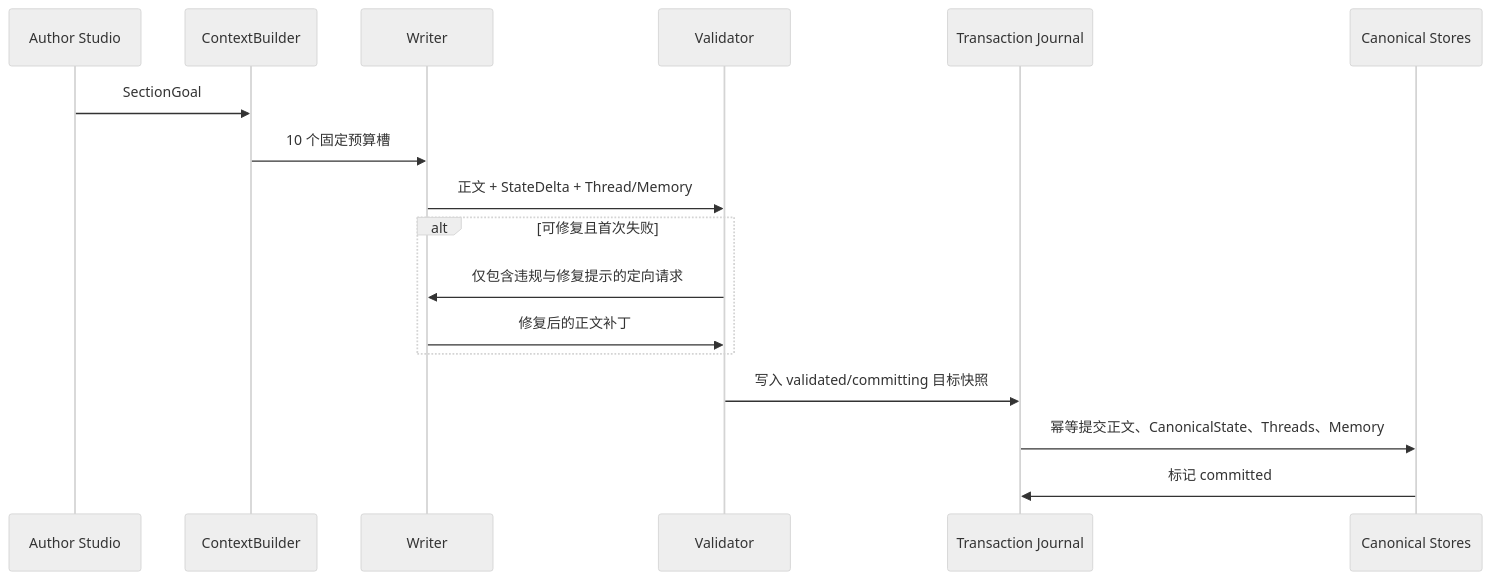
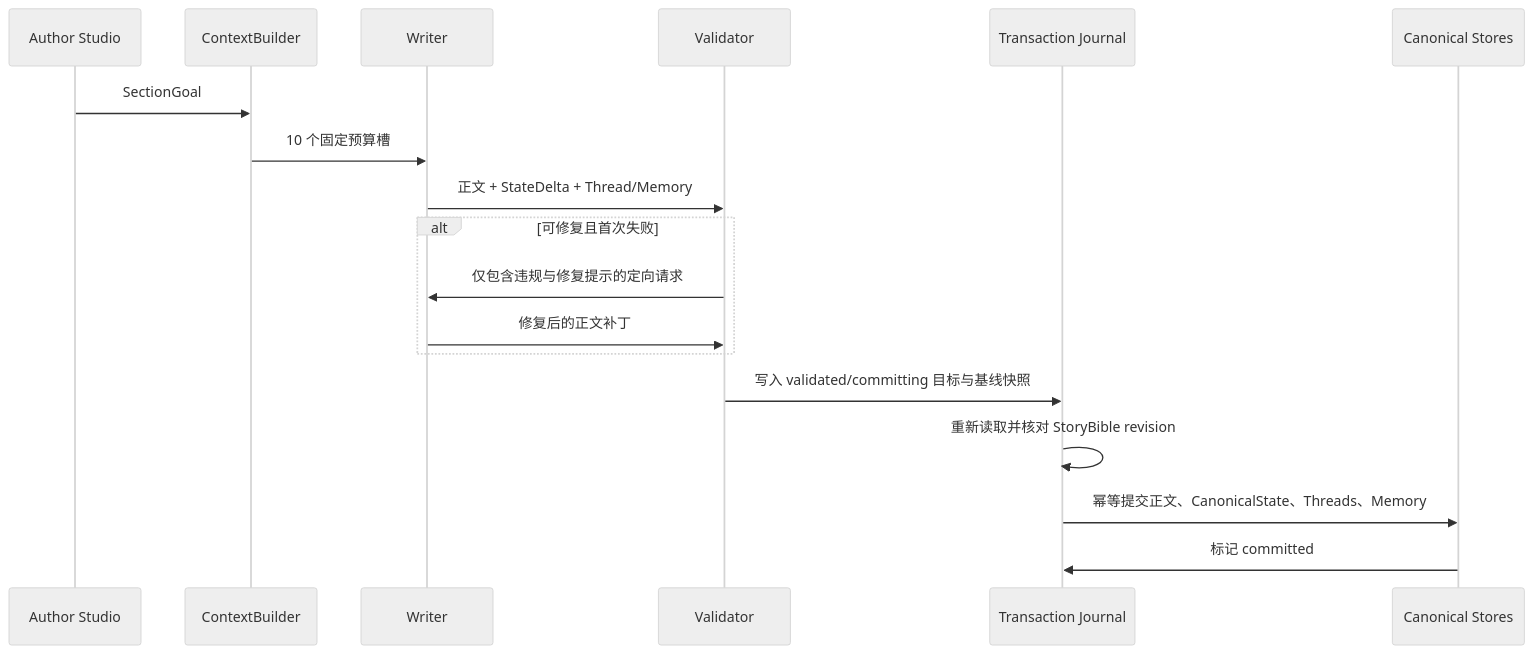
Before and after one commit to namelessawa/novel_auto: the diagram in docs/author-mode-architecture.md, drawn with Mermaid (neutral theme). The commit also changed other lines of this file and 93 other files, not shown here.

````diff
--- a/docs/author-mode-architecture.md
+++ b/docs/author-mode-architecture.md
@@ -21,19 +23,20 @@
 ```mermaid
 sequenceDiagram
     participant UI as Author Studio
     participant CB as ContextBuilder
     participant W as Writer
     participant V as Validator
     participant TX as Transaction Journal
     participant C as Canonical Stores
     UI->>CB: SectionGoal
     CB->>W: 10 个固定预算槽
     W->>V: 正文 + StateDelta + Thread/Memory
     alt 可修复且首次失败
         V->>W: 仅包含违规与修复提示的定向请求
         W->>V: 修复后的正文补丁
     end
-    V->>TX: 写入 validated/committing 目标快照
+    V->>TX: 写入 validated/committing 目标与基线快照
+    TX->>TX: 重新读取并核对 StoryBible revision
     TX->>C: 幂等提交正文、CanonicalState、Threads、Memory
     C->>TX: 标记 committed
 ```
````
